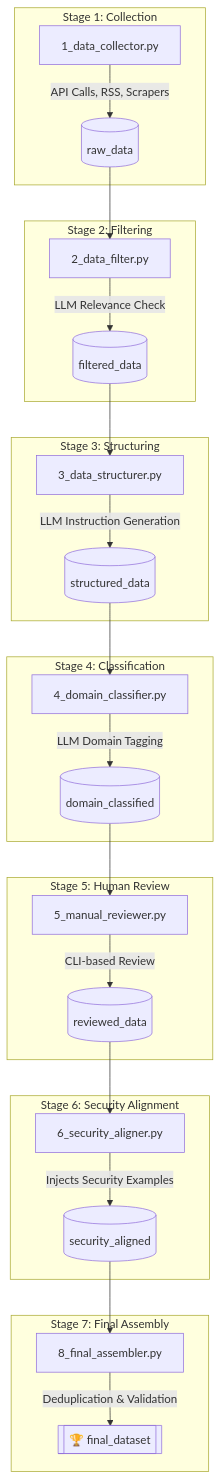
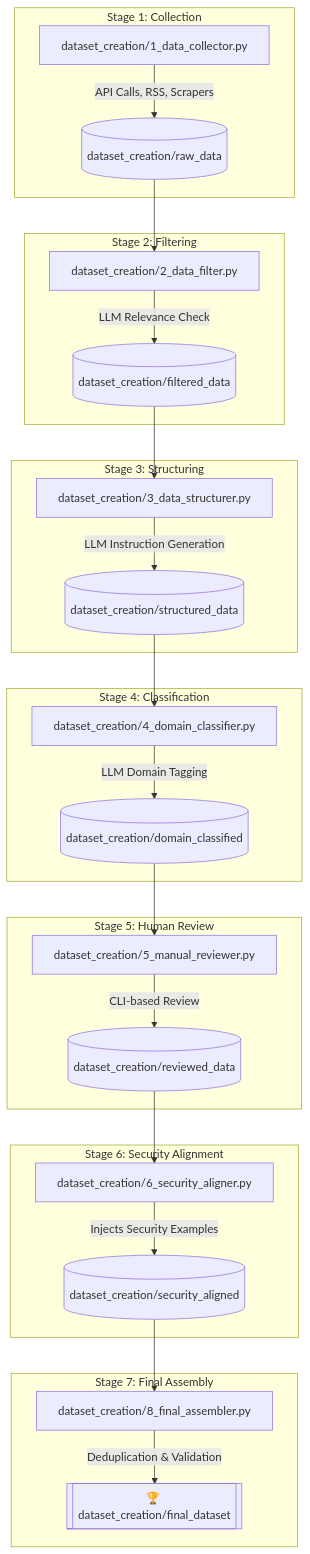
Before and after one commit to hamb0n-3/CyberLLMInstruct: the diagram in README.md, drawn with Mermaid. The commit also changed other lines of this file and 20 other files, not shown here.

````diff
--- a/README.md
+++ b/README.md
@@ -11,30 +11,30 @@
 ```mermaid
 graph TD
     subgraph "Stage 1: Collection"
-        A[1_data_collector.py] -->|API Calls, RSS, Scrapers| B[(raw_data)]
+        A[dataset_creation/1_data_collector.py] -->|API Calls, RSS, Scrapers| B[(dataset_creation/raw_data)]
     end
     subgraph "Stage 2: Filtering"
-        B --> C[2_data_filter.py]
-        C -->|LLM Relevance Check| D[(filtered_data)]
+        B --> C[dataset_creation/2_data_filter.py]
+        C -->|LLM Relevance Check| D[(dataset_creation/filtered_data)]
     end
     subgraph "Stage 3: Structuring"
-        D --> E[3_data_structurer.py]
-        E -->|LLM Instruction Generation| F[(structured_data)]
+        D --> E[dataset_creation/3_data_structurer.py]
+        E -->|LLM Instruction Generation| F[(dataset_creation/structured_data)]
     end
     subgraph "Stage 4: Classification"
-        F --> G[4_domain_classifier.py]
-        G -->|LLM Domain Tagging| H[(domain_classified)]
+        F --> G[dataset_creation/4_domain_classifier.py]
+        G -->|LLM Domain Tagging| H[(dataset_creation/domain_classified)]
     end
     subgraph "Stage 5: Human Review"
-        H --> I[5_manual_reviewer.py]
-        I -->|CLI-based Review| J[(reviewed_data)]
+        H --> I[dataset_creation/5_manual_reviewer.py]
+        I -->|CLI-based Review| J[(dataset_creation/reviewed_data)]
     end
     subgraph "Stage 6: Security Alignment"
-        J --> K[6_security_aligner.py]
-        K -->|Injects Security Examples| L[(security_aligned)]
+        J --> K[dataset_creation/6_security_aligner.py]
+        K -->|Injects Security Examples| L[(dataset_creation/security_aligned)]
     end
     subgraph "Stage 7: Final Assembly"
-        L --> M[8_final_assembler.py]
-        M -->|Deduplication & Validation| N[[🏆 final_dataset]]
+        L --> M[dataset_creation/8_final_assembler.py]
+        M -->|Deduplication & Validation| N[[🏆 dataset_creation/final_dataset]]
     end
 ```
````
